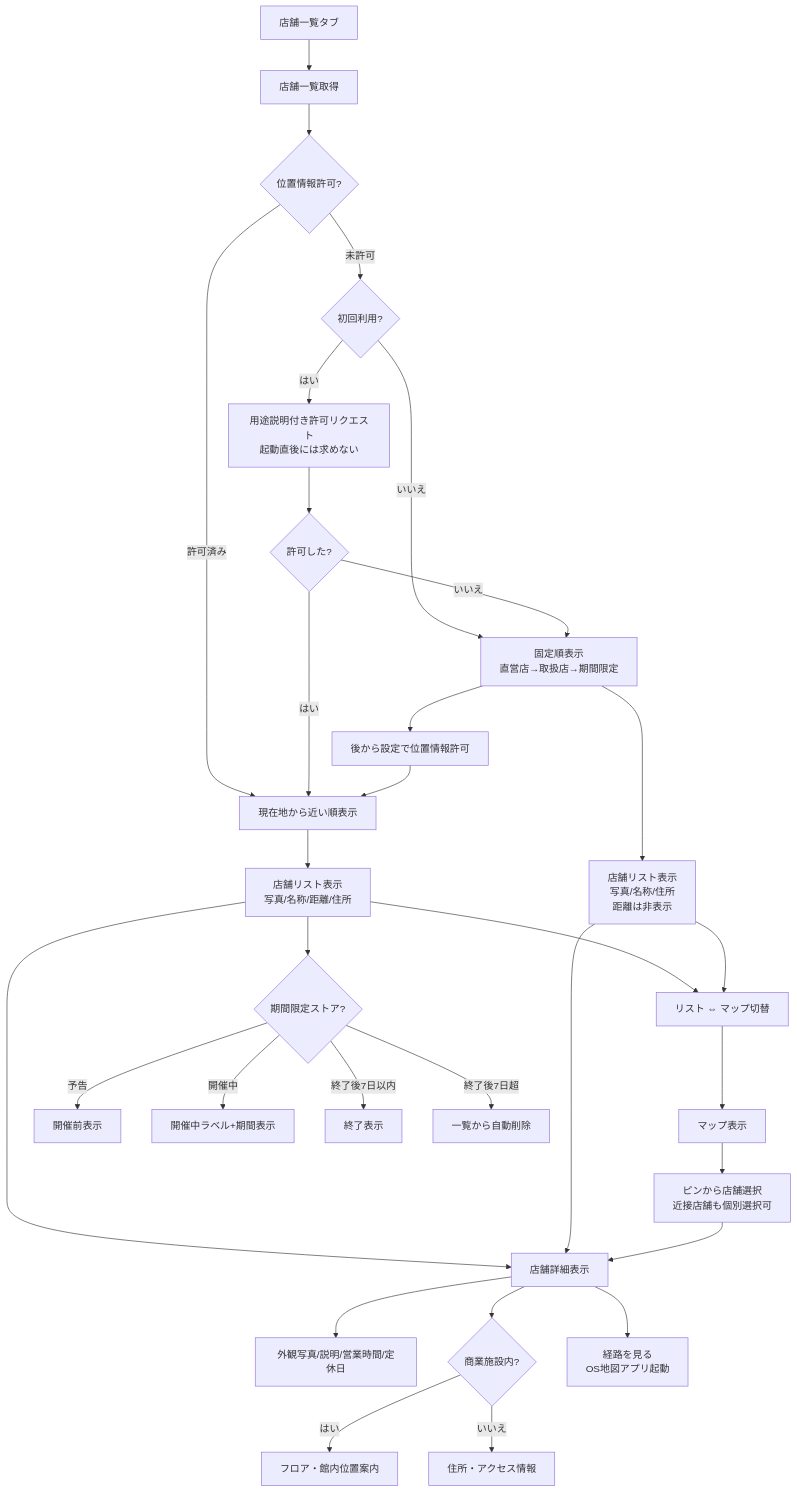
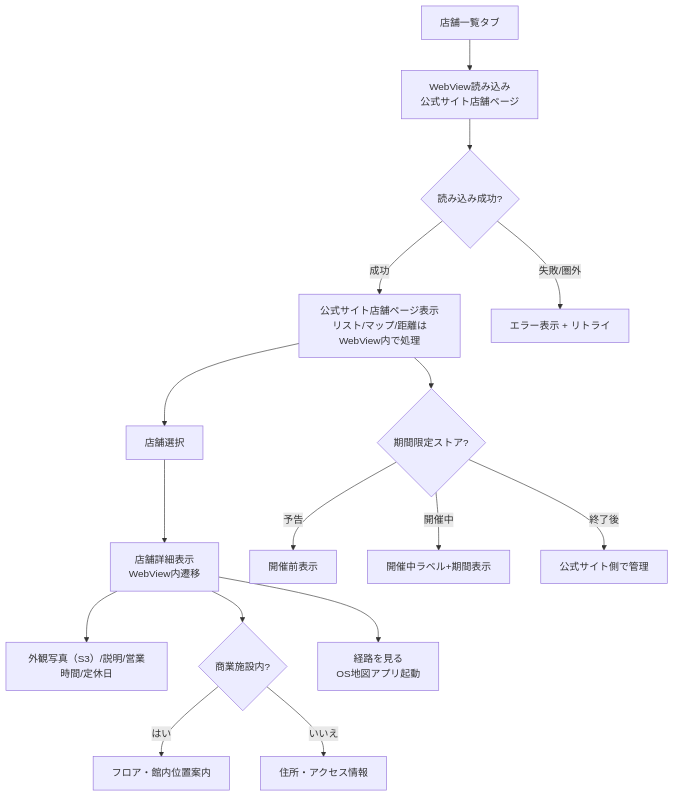
Before and after one commit to YukaHasebe/bi-su-app: the ninth of 14 diagrams in docs/03_ユーザーストーリー.md, drawn with Mermaid. The commit also changed other lines of this file and 7 other files, not shown here.

````diff
--- a/docs/03_ユーザーストーリー.md
+++ b/docs/03_ユーザーストーリー.md
@@ -903,40 +903,20 @@
 ```mermaid
 flowchart TD
-    A[店舗一覧タブ] --> B[店舗一覧取得]
-    B --> C{位置情報許可?}
-    C -- 許可済み --> D[現在地から近い順表示]
-    C -- 未許可 --> E{初回利用?}
-    E -- はい --> F[用途説明付き許可リクエスト<br/>起動直後には求めない]
-    E -- いいえ --> G[固定順表示<br/>直営店→取扱店→期間限定]
-    F --> H{許可した?}
-    H -- はい --> D
-    H -- いいえ --> G
+    A[店舗一覧タブ] --> B[WebView読み込み<br/>公式サイト店舗ページ]
+    B --> C{読み込み成功?}
+    C -- 成功 --> D[公式サイト店舗ページ表示<br/>リスト/マップ/距離はWebView内で処理]
+    C -- 失敗/圏外 --> E[エラー表示 + リトライ]
 
-    D --> I[店舗リスト表示<br/>写真/名称/距離/住所]
-    G --> I2[店舗リスト表示<br/>写真/名称/住所<br/>距離は非表示]
+    D --> F[店舗選択]
+    F --> G[店舗詳細表示<br/>WebView内遷移]
+    G --> H[外観写真（S3）/説明/営業時間/定休日]
+    G --> I{商業施設内?}
+    I -- はい --> J[フロア・館内位置案内]
+    I -- いいえ --> K[住所・アクセス情報]
+    G --> L[経路を見る<br/>OS地図アプリ起動]
 
-    I --> J[リスト ⇔ マップ切替]
-    I2 --> J
-
-    J --> K[マップ表示]
-    K --> L[ピンから店舗選択<br/>近接店舗も個別選択可]
-
-    I --> M[店舗詳細表示]
-    I2 --> M
-    L --> M
-
-    M --> N[外観写真/説明/営業時間/定休日]
-    M --> O{商業施設内?}
-    O -- はい --> P[フロア・館内位置案内]
-    O -- いいえ --> Q[住所・アクセス情報]
-    M --> R[経路を見る<br/>OS地図アプリ起動]
-
-    I --> S{期間限定ストア?}
-    S -- 予告 --> T[開催前表示]
-    S -- 開催中 --> U[開催中ラベル+期間表示]
-    S -- 終了後7日以内 --> V[終了表示]
-    S -- 終了後7日超 --> W[一覧から自動削除]
-
-    G --> X[後から設定で位置情報許可]
-    X --> D
+    D --> M{期間限定ストア?}
+    M -- 予告 --> N[開催前表示]
+    M -- 開催中 --> O[開催中ラベル+期間表示]
+    M -- 終了後 --> P[公式サイト側で管理]
 ```
````
